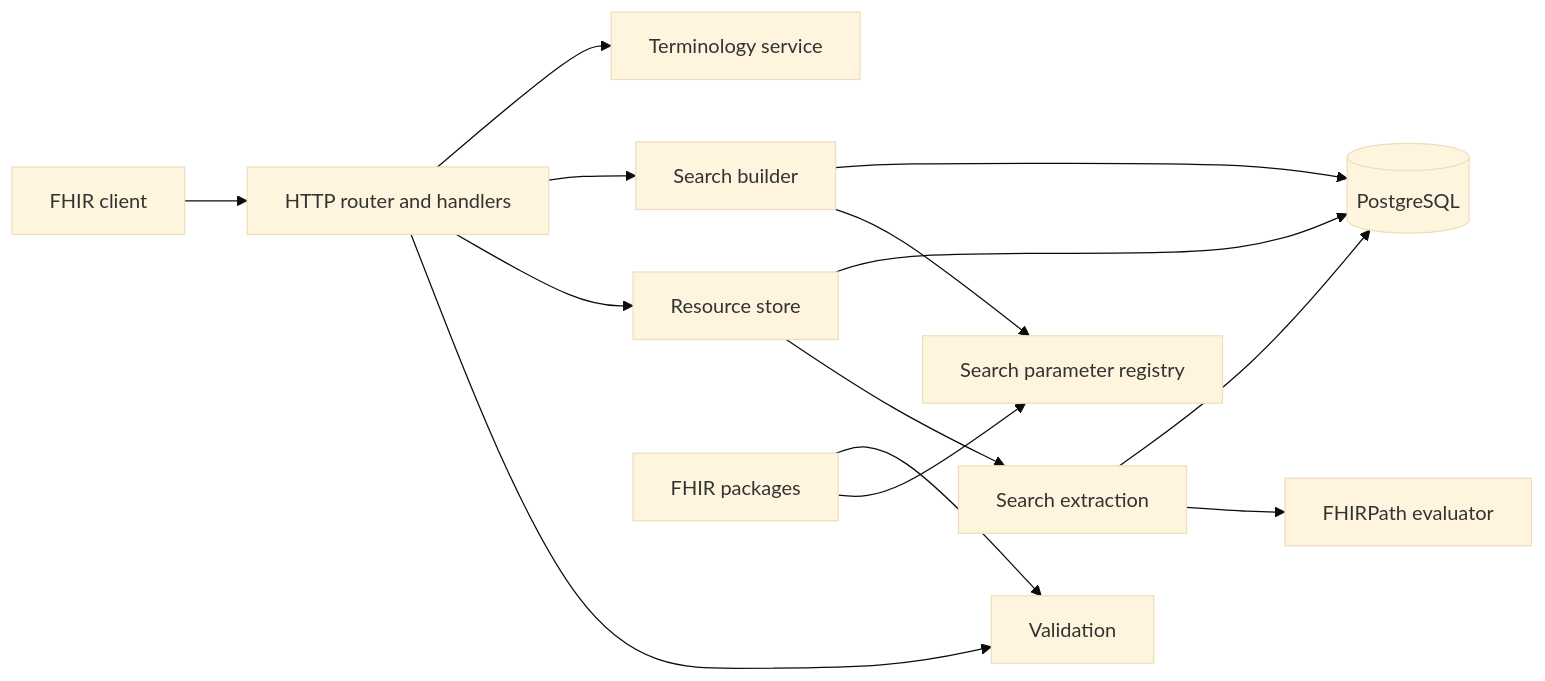
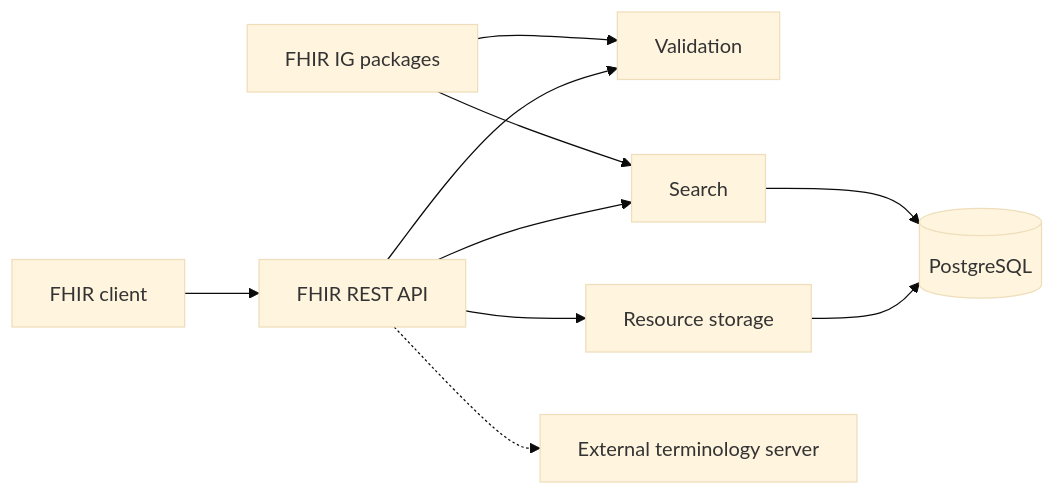
Before and after one commit to wso2/fhir-server: the diagram in website/docs/concepts/architecture.md, drawn with Mermaid (base theme). The commit also changed other lines of this file and 1 other file, not shown here.

First line of the commit message:
docs: capability-first architecture page, bounded-retry message fix

````diff
--- a/website/docs/concepts/architecture.md
+++ b/website/docs/concepts/architecture.md
@@ -10,16 +26,12 @@
 ```mermaid
 flowchart LR
-    Client["FHIR client"] --> Router["HTTP router and handlers"]
-    Router --> Validate["Validation"]
-    Router --> Store["Resource store"]
-    Router --> Search["Search builder"]
-    Store --> Index["Search extraction"]
-    Search --> Registry["Search parameter registry"]
-    Index --> FHIRPath["FHIRPath evaluator"]
-    Store --> DB[("PostgreSQL")]
+    Client["FHIR client"] --> API["FHIR REST API"]
+    API --> Validation["Validation"]
+    API --> Search["Search"]
+    API --> Storage["Resource storage"]
+    Storage --> DB[("PostgreSQL")]
     Search --> DB
-    Index --> DB
-    Router --> TX["Terminology service"]
-    IG["FHIR packages"] --> Registry
-    IG --> Validate
+    API -.-> TX["External terminology server"]
+    IG["FHIR IG packages"] --> Validation
+    IG --> Search
 ```
````
